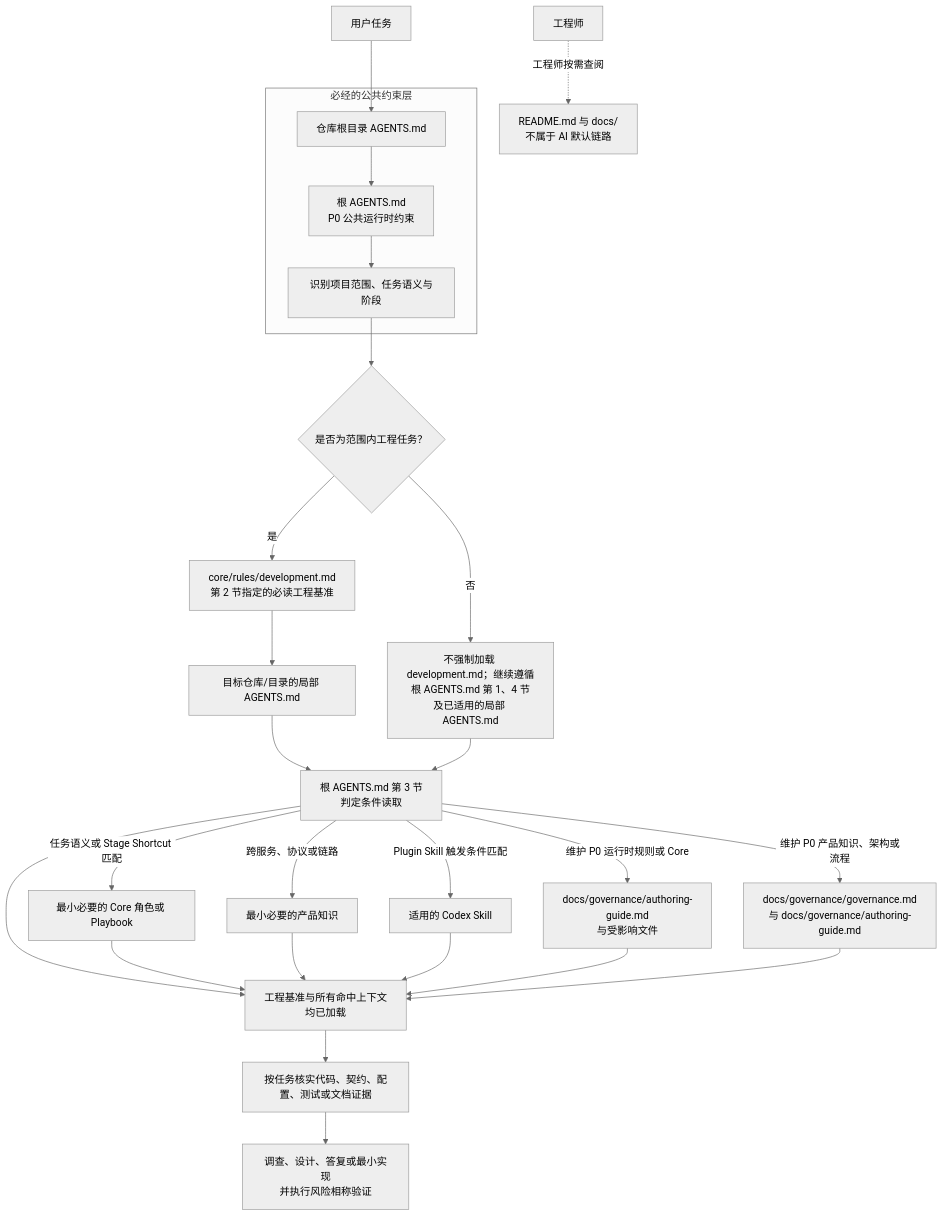
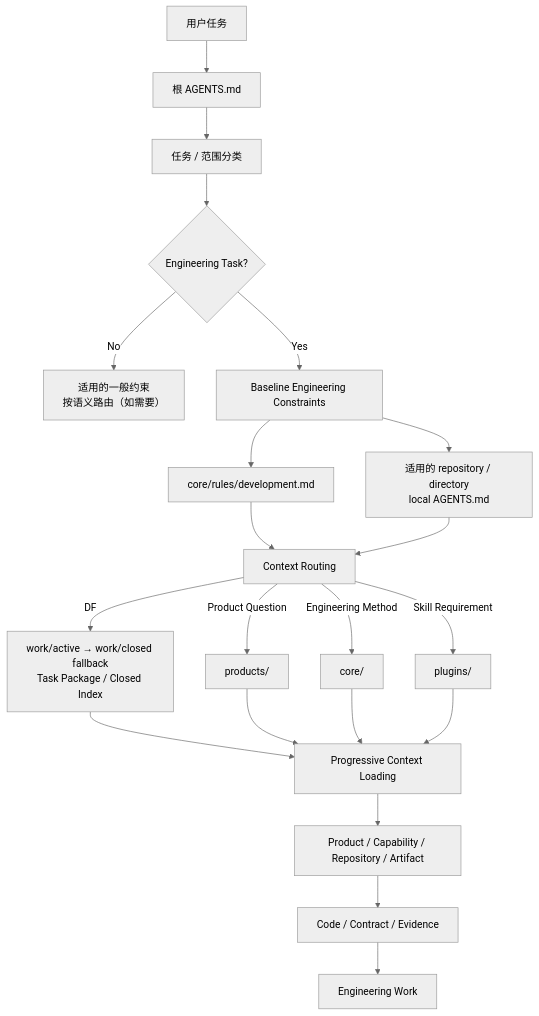
The first of 2 diagrams in docs/guides/project-guide.md (cnxutu/tu-engineering-workbench), drawn with Mermaid (neutral theme) before and after one commit. The commit also changed other lines of this file and 18 other files, not shown here.

````diff
--- a/docs/guides/project-guide.md
+++ b/docs/guides/project-guide.md
@@ -9,30 +9,23 @@
 ```mermaid
 flowchart TD
-    U[用户任务] --> R
-    subgraph REQUIRED[必经的公共约束层]
-        R[仓库根目录 AGENTS.md]
-        P01[根 AGENTS.md\nP0 公共运行时约束]
-        S[识别项目范围、任务语义与阶段]
-        R --> P01 --> S
-    end
-    S --> W{是否为范围内工程任务？}
-    W -->|是| D[core/rules/development.md\n第 2 节指定的必读工程基准]
-    D --> L[目标仓库/目录的局部 AGENTS.md]
-    L --> B[根 AGENTS.md 第 3 节\n判定条件读取]
-    B -->|任务语义或 Stage Shortcut 匹配| CR[最小必要的 Core 角色或 Playbook]
-    B -->|跨服务、协议或链路| PK[最小必要的产品知识]
-    B -->|Plugin Skill 触发条件匹配| SK[适用的 Codex Skill]
-    B -->|维护 P0 运行时规则或 Core| RG[docs/governance/authoring-guide.md\n与受影响文件]
-    B -->|维护 P0 产品知识、架构或流程| MG[docs/governance/governance.md\n与 docs/governance/authoring-guide.md]
-    B --> C[工程基准与所有命中上下文\n均已加载]
-    CR --> C
-    PK --> C
-    SK --> C
-    RG --> C
-    MG --> C
-    C --> E[按任务核实代码、契约、配置、测试或文档证据]
-    E --> I[调查、设计、答复或最小实现\n并执行风险相称验证]
-    W -->|否| A[不强制加载 development.md；继续遵循\n根 AGENTS.md 第 1、4 节\n及已适用的局部 AGENTS.md]
-    A --> B
-    M[工程师] -. 工程师按需查阅 .-> H[README.md 与 docs/\n不属于 AI 默认链路]
+    U[用户任务] --> R[根 AGENTS.md]
+    R --> C[任务 / 范围分类]
+    C --> E{Engineering Task?}
+    E -->|No| N[适用的一般约束\n按语义路由（如需要）]
+    E -->|Yes| B[Baseline Engineering Constraints]
+    B --> D[core/rules/development.md]
+    B --> L[适用的 repository / directory\nlocal AGENTS.md]
+    D --> RT[Context Routing]
+    L --> RT
+    RT -->|DF| A[work/active → work/closed fallback\nTask Package / Closed Index]
+    RT -->|Product Question| P[products/]
+    RT -->|Engineering Method| M[core/]
+    RT -->|Skill Requirement| S[plugins/]
+    A --> G[Progressive Context Loading]
+    P --> G
+    M --> G
+    S --> G
+    G --> H[Product / Capability / Repository / Artifact]
+    H --> X[Code / Contract / Evidence]
+    X --> W[Engineering Work]
 ```
````
